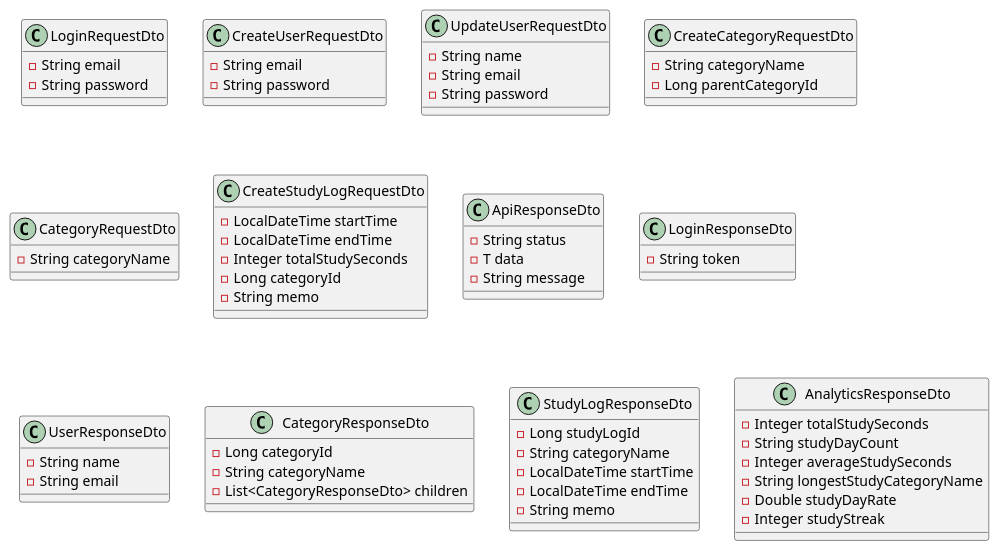
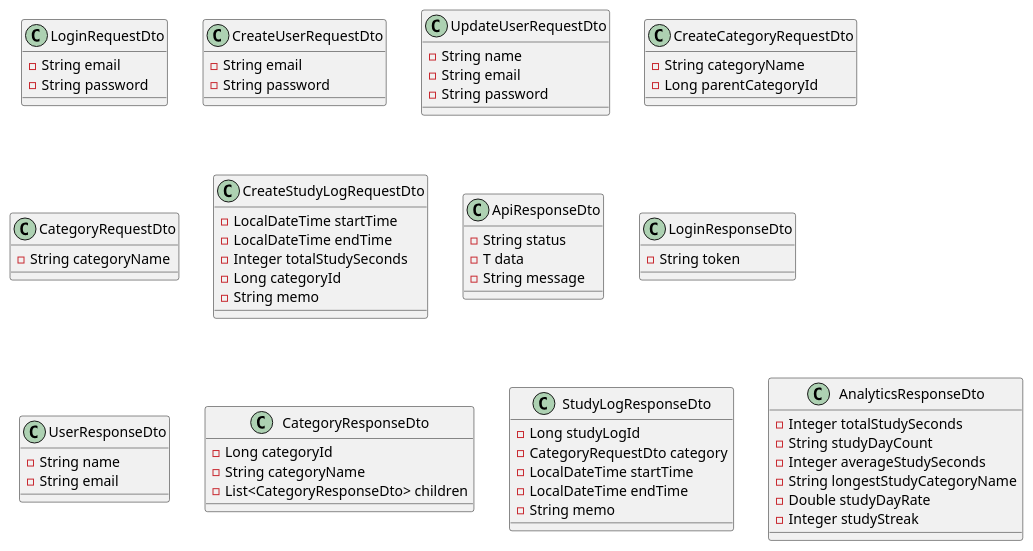
The diagram in backend/study-management-app/docs/uml/code/class/class-dto.puml (ShumpeiKawamura37/portfolio-study-management-app), drawn with PlantUML before and after one commit. The commit also changed 32 other files, not shown here.

```diff
--- a/backend/study-management-app/docs/uml/code/class/class-dto.puml
+++ b/backend/study-management-app/docs/uml/code/class/class-dto.puml
@@ -1,72 +1,72 @@
 @startuml
 class LoginRequestDto {
   - String email
   - String password
 }
 
 class CreateUserRequestDto {
   - String email
   - String password
 }
 
 class UpdateUserRequestDto {
   - String name
   - String email
   - String password
 }
 
 class CreateCategoryRequestDto {
   - String categoryName
   - Long parentCategoryId
 }
 
 class CategoryRequestDto {
   - String categoryName
 }
 
 class CreateStudyLogRequestDto {
   - LocalDateTime startTime
   - LocalDateTime endTime
   - Integer totalStudySeconds
   - Long categoryId
   - String memo
 }
 
 class ApiResponseDto {
   - String status
   - T data
   - String message
 }
 
 class LoginResponseDto {
   - String token
 }
 
 class UserResponseDto {
   - String name
   - String email
 }
 
 class CategoryResponseDto {
   - Long categoryId
   - String categoryName
   - List<CategoryResponseDto> children
 }
 
 class StudyLogResponseDto {
   - Long studyLogId
-  - String categoryName
+  - CategoryRequestDto category
   - LocalDateTime startTime
   - LocalDateTime endTime
   - String memo
 }
 
 class AnalyticsResponseDto {
   - Integer totalStudySeconds
   - String studyDayCount
   - Integer averageStudySeconds
   - String longestStudyCategoryName
   - Double studyDayRate
   - Integer studyStreak
 }
 @enduml
```
